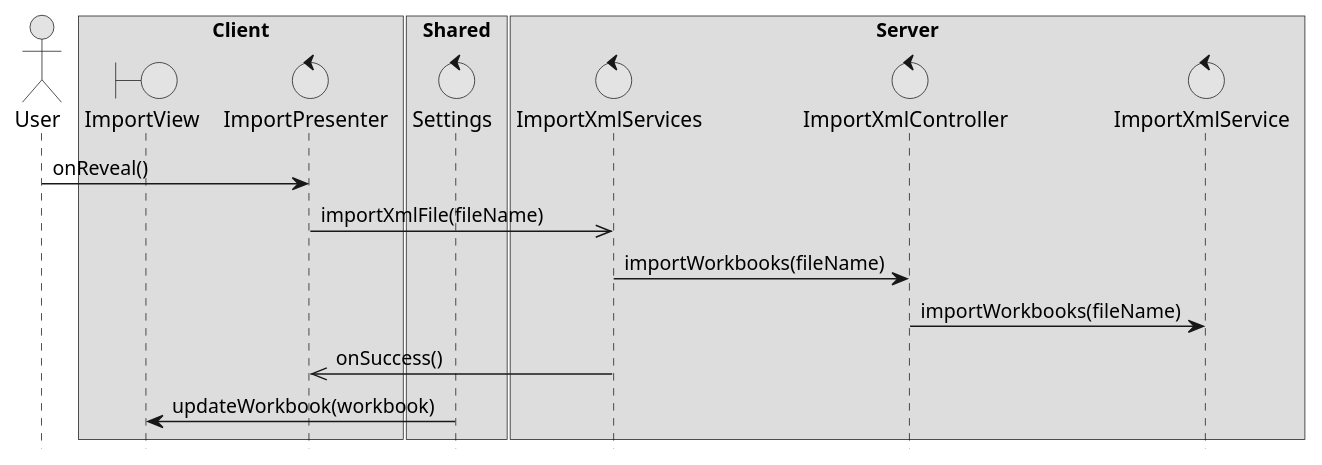
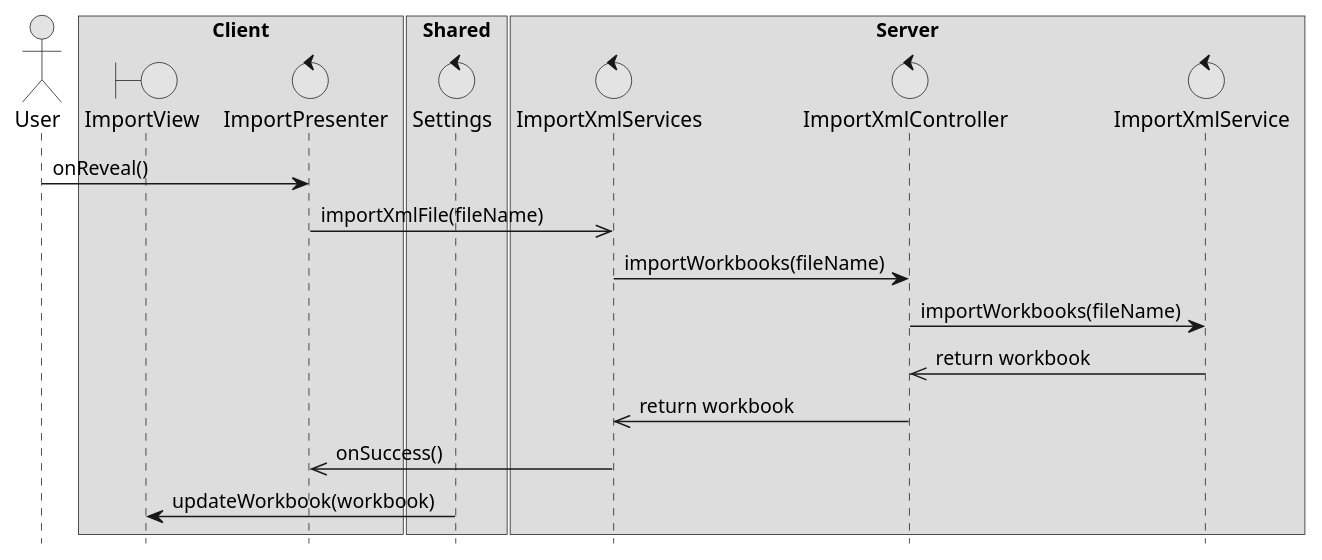
The diagram in docs/red/1161140/sp2/design.puml (Fuel4us/EventManagingApp), drawn with PlantUML before and after one commit. The commit also changed 4 other files, not shown here.

```diff
--- a/docs/red/1161140/sp2/design.puml
+++ b/docs/red/1161140/sp2/design.puml
@@ -1,36 +1,38 @@
 @startuml design
 
 skinparam monochrome true
 skinparam shadowing false
 hide footbox
 
 actor User
 boundary ImportView
 control ImportPresenter
 control ImportXmlServices
 control ImportXmlController
 control ImportXmlService
 
 box "Client"
 participant ImportView
 participant ImportPresenter
 end box
 
 box "Shared"
 control Settings
 end box
 
 box "Server"
 participant ImportXmlServices
 participant ImportXmlController
 participant ImportXmlService
 end box
 
 User -> ImportPresenter : onReveal()
 ImportPresenter ->> ImportXmlServices : importXmlFile(fileName)
 ImportXmlServices -> ImportXmlController : importWorkbooks(fileName)
 ImportXmlController -> ImportXmlService : importWorkbooks(fileName)
+ImportXmlService ->> ImportXmlController : return workbook
+ImportXmlController ->> ImportXmlServices : return workbook
 ImportXmlServices ->> ImportPresenter : onSuccess()
 Settings -> ImportView : updateWorkbook(workbook)
 
 @enduml
```
